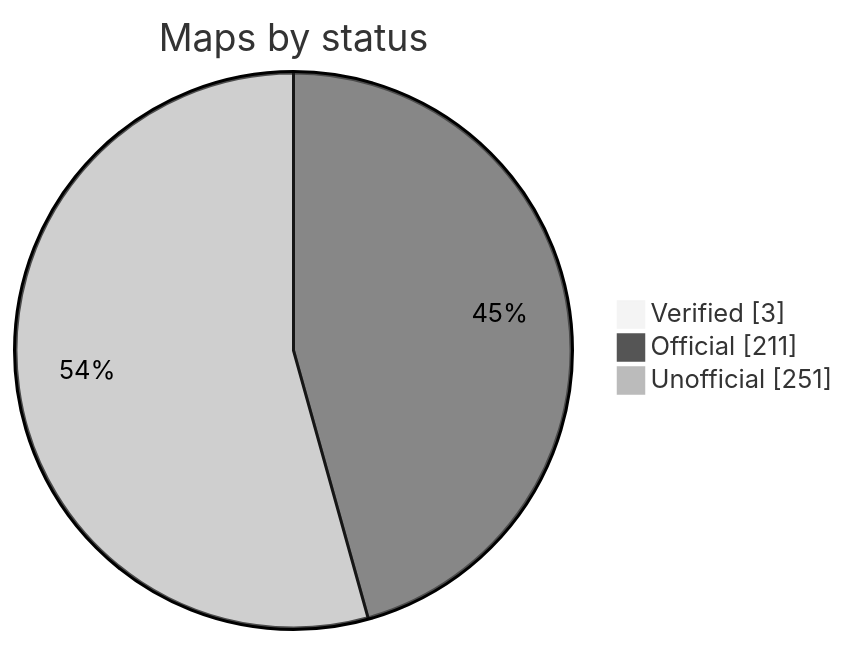
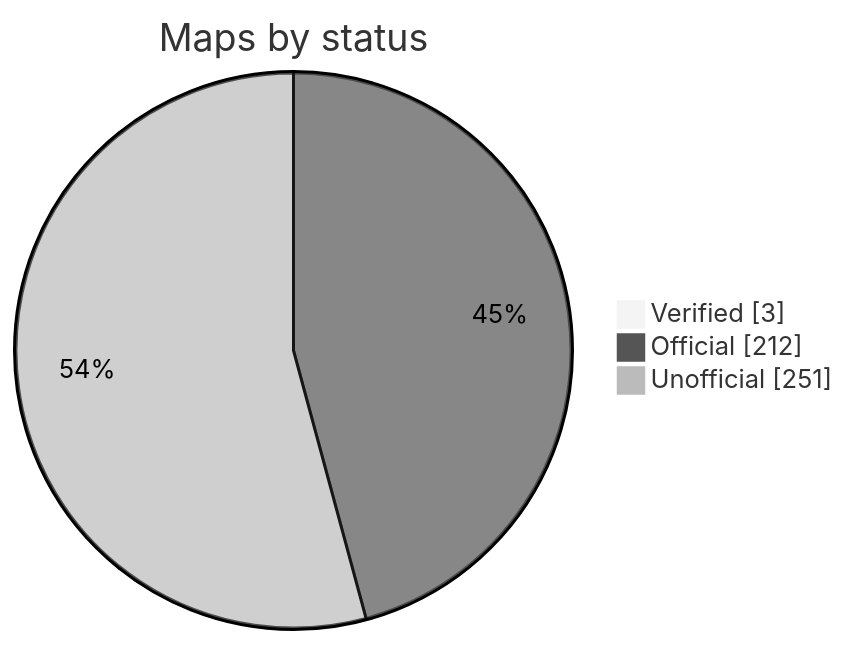
Before and after one commit to nobrega8/mbmap-library: the diagram in README.md, drawn with Mermaid (neutral theme). The commit also changed 2 other files, not shown here.

Commit message:
Add Bosch Rexroth Smart Flex Effector

````diff
--- a/README.md
+++ b/README.md
@@ -48,7 +48,7 @@
 ```mermaid
 pie showData
     title Maps by status
     "Verified" : 3
-    "Official" : 211
+    "Official" : 212
     "Unofficial" : 251
 ```
````
